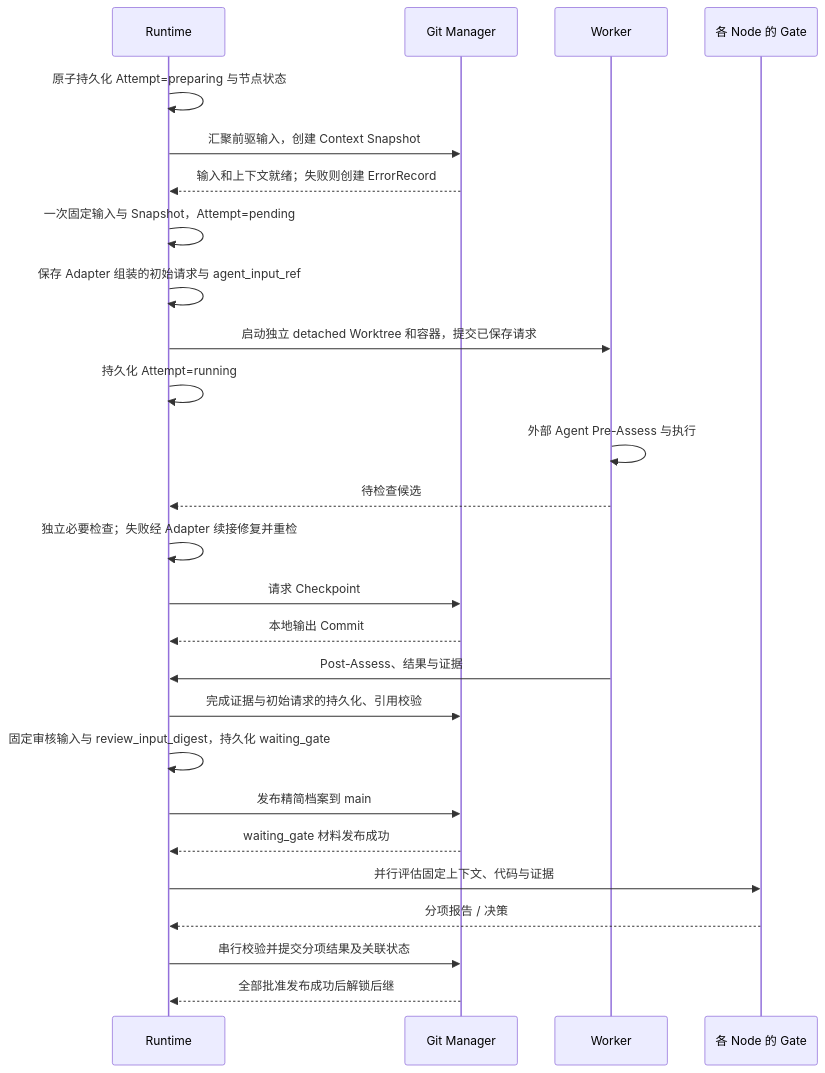
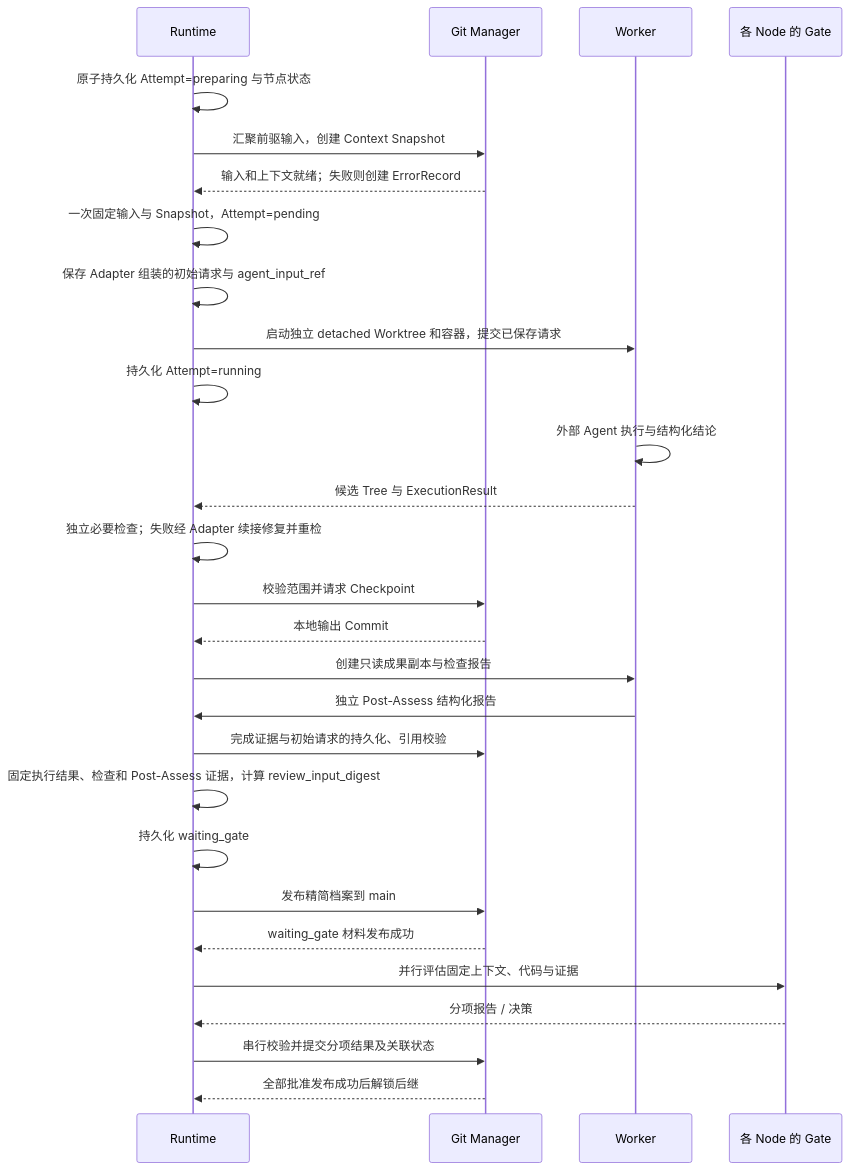
The diagram in design/04-execution.md (LingMessy/facetloom), drawn with Mermaid before and after one commit. The commit also changed other lines of this file and 6 other files, not shown here.

````diff
--- a/design/04-execution.md
+++ b/design/04-execution.md
@@ -7,28 +7,30 @@
 ```mermaid
 sequenceDiagram
     participant RT as Runtime
     participant GM as Git Manager
     participant W as Worker
     participant G as 各 Node 的 Gate
     RT->>RT: 原子持久化 Attempt=preparing 与节点状态
     RT->>GM: 汇聚前驱输入，创建 Context Snapshot
     GM-->>RT: 输入和上下文就绪；失败则创建 ErrorRecord
     RT->>RT: 一次固定输入与 Snapshot，Attempt=pending
     RT->>RT: 保存 Adapter 组装的初始请求与 agent_input_ref
     RT->>W: 启动独立 detached Worktree 和容器，提交已保存请求
     RT->>RT: 持久化 Attempt=running
-    W->>W: 外部 Agent Pre-Assess 与执行
-    W-->>RT: 待检查候选
+    W->>W: 外部 Agent 执行与结构化结论
+    W-->>RT: 候选 Tree 与 ExecutionResult
     RT->>RT: 独立必要检查；失败经 Adapter 续接修复并重检
-    RT->>GM: 请求 Checkpoint
+    RT->>GM: 校验范围并请求 Checkpoint
     GM-->>RT: 本地输出 Commit
-    W->>RT: Post-Assess、结果与证据
+    RT->>W: 创建只读成果副本与检查报告
+    W->>RT: 独立 Post-Assess 结构化报告
     RT->>GM: 完成证据与初始请求的持久化、引用校验
-    RT->>RT: 固定审核输入与 review_input_digest，持久化 waiting_gate
+    RT->>RT: 固定执行结果、检查和 Post-Assess 证据，计算 review_input_digest
+    RT->>RT: 持久化 waiting_gate
     RT->>GM: 发布精简档案到 main
     GM-->>RT: waiting_gate 材料发布成功
     RT->>G: 并行评估固定上下文、代码与证据
     G-->>RT: 分项报告 / 决策
     RT->>GM: 串行校验并提交分项结果及关联状态
     GM-->>RT: 全部批准发布成功后解锁后继
 ```
````
